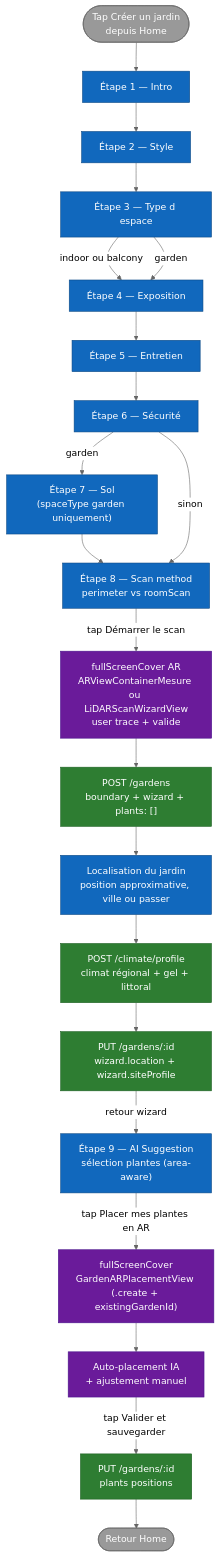
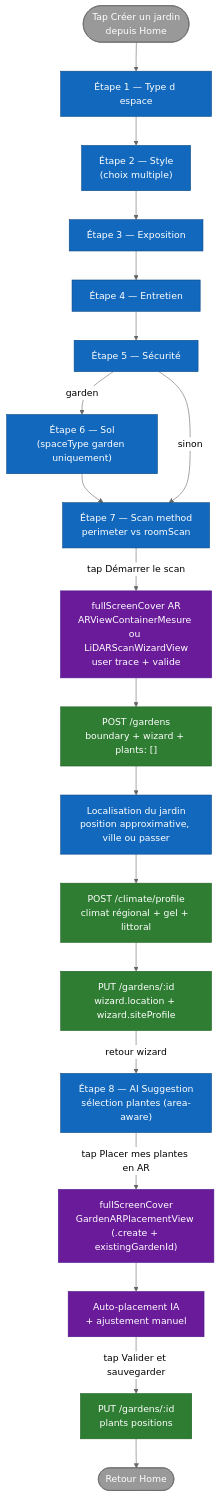
One commit to ArboreTeam/Arbore changed the diagram in docs/fr/flows/garden-creation.md. Above: the diagram before and after it, drawn with Mermaid (neutral theme). The commit also changed other lines of this file and 214 other files, not shown here.

````diff
--- a/docs/fr/flows/garden-creation.md
+++ b/docs/fr/flows/garden-creation.md
@@ -13,52 +13,49 @@
 ```mermaid
 flowchart TB
     start_node([Tap Créer un jardin<br/>depuis Home])
 
-    intro["Étape 1 — Intro"]
-    style_step["Étape 2 — Style"]
-    spaceType["Étape 3 — Type d espace"]
-    exposure["Étape 4 — Exposition"]
-    maintenance["Étape 5 — Entretien"]
-    safety["Étape 6 — Sécurité"]
-    soil["Étape 7 — Sol<br/>(spaceType garden uniquement)"]
-    scan["Étape 8 — Scan method<br/>perimeter vs roomScan"]
+    spaceType["Étape 1 — Type d espace"]
+    style_step["Étape 2 — Style<br/>(choix multiple)"]
+    exposure["Étape 3 — Exposition"]
+    maintenance["Étape 4 — Entretien"]
+    safety["Étape 5 — Sécurité"]
+    soil["Étape 6 — Sol<br/>(spaceType garden uniquement)"]
+    scan["Étape 7 — Scan method<br/>perimeter vs roomScan"]
 
     trace_ar["fullScreenCover AR<br/>ARViewContainerMesure ou LiDARScanWizardView<br/>user trace + valide"]
     post_garden["POST /gardens<br/>boundary + wizard + plants: []"]
     location["Localisation du jardin<br/>position approximative, ville ou passer"]
     climate["POST /climate/profile<br/>climat régional + gel + littoral"]
     update_garden["PUT /gardens/:id<br/>wizard.location + wizard.siteProfile"]
-    ai["Étape 9 — AI Suggestion<br/>sélection plantes (area-aware)"]
+    ai["Étape 8 — AI Suggestion<br/>sélection plantes (area-aware)"]
     placement["fullScreenCover<br/>GardenARPlacementView (.create + existingGardenId)"]
     auto_place["Auto-placement IA<br/>+ ajustement manuel"]
     put_garden["PUT /gardens/:id<br/>plants positions"]
 
     home([Retour Home])
 
-    start_node --> intro --> style_step --> spaceType
-    spaceType -->|indoor ou balcony| exposure
-    spaceType -->|garden| exposure
-    exposure --> maintenance --> safety
+    start_node --> spaceType --> style_step
+    style_step --> exposure --> maintenance --> safety
     safety -->|garden| soil --> scan
     safety -->|sinon| scan
 
     scan -->|tap Démarrer le scan| trace_ar
     trace_ar --> post_garden
     post_garden --> location
     location --> climate
     climate --> update_garden
     update_garden -->|retour wizard| ai
     ai -->|tap Placer mes plantes en AR| placement
     placement --> auto_place
     auto_place -->|tap Valider et sauvegarder| put_garden
     put_garden --> home
 
     classDef step  fill:#1168BD,stroke:#0B4884,color:#fff
     classDef cond  fill:#2E7D32,stroke:#1B5E20,color:#fff
     classDef ar    fill:#6A1B9A,stroke:#4A148C,color:#fff
     classDef io    fill:#999,stroke:#666,color:#fff
-    class intro,style_step,spaceType,exposure,maintenance,safety,soil,scan,location,ai step
+    class style_step,spaceType,exposure,maintenance,safety,soil,scan,location,ai step
     class post_garden,climate,update_garden,put_garden cond
     class trace_ar,placement,auto_place ar
     class start_node,home io
 ```
````
